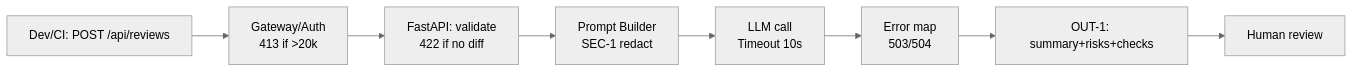
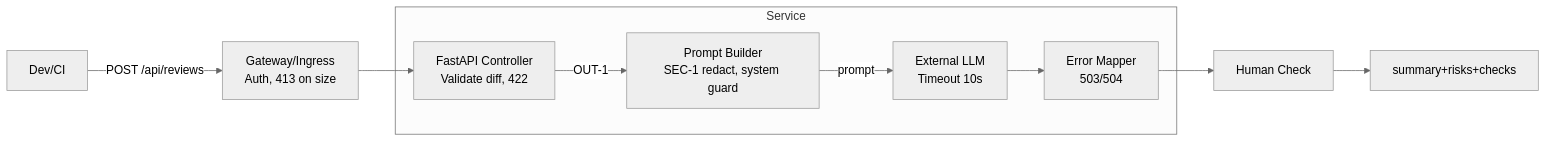
One commit to ai-course-avito/ITMOv2 changed the diagram in practices/practice_01/analysis.md. Above: the diagram before and after it, drawn with Mermaid (neutral theme). The commit also changed other lines of this file and 10 other files, not shown here.

````diff
--- a/practices/practice_01/analysis.md
+++ b/practices/practice_01/analysis.md
@@ -35,10 +41,16 @@
 ```mermaid
 flowchart LR
-    A[Dev/CI: POST /api/reviews] --> B[Gateway/Auth\n413 if >20k]
-    B --> C[FastAPI: validate\n422 if no diff]
-    C --> D[Prompt Builder\nSEC-1 redact]
-    D --> E[LLM call\nTimeout 10s]
-    E --> F[Error map\n503/504]
-    F --> G[OUT-1: summary+risks+checks]
-    G --> H[Human review]
+    Client[Dev/CI] -->|POST /api/reviews| Gateway[Gateway/Ingress\nAuth, 413 on size]
+    subgraph Service
+        API[FastAPI Controller\nValidate diff, 422]
+        PREP[Prompt Builder\nSEC-1 redact, system guard]
+        LLM[External LLM\nTimeout 10s]
+        MAP[Error Mapper\n503/504]
+    end
+    Gateway --> API
+    API -->|OUT-1| PREP
+    PREP -->|prompt| LLM
+    LLM --> MAP
+    MAP --> Reviewer[Human Check]
+    Reviewer --> Result[summary+risks+checks]
 ```
````
